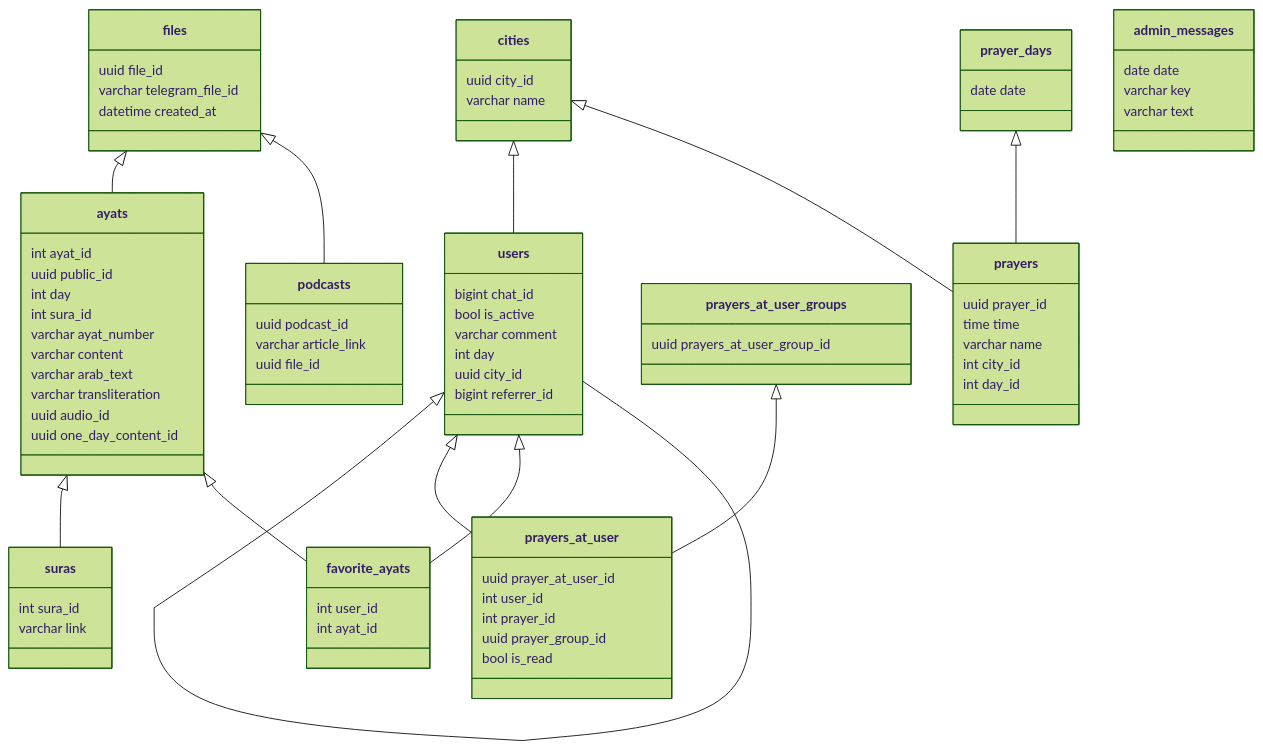
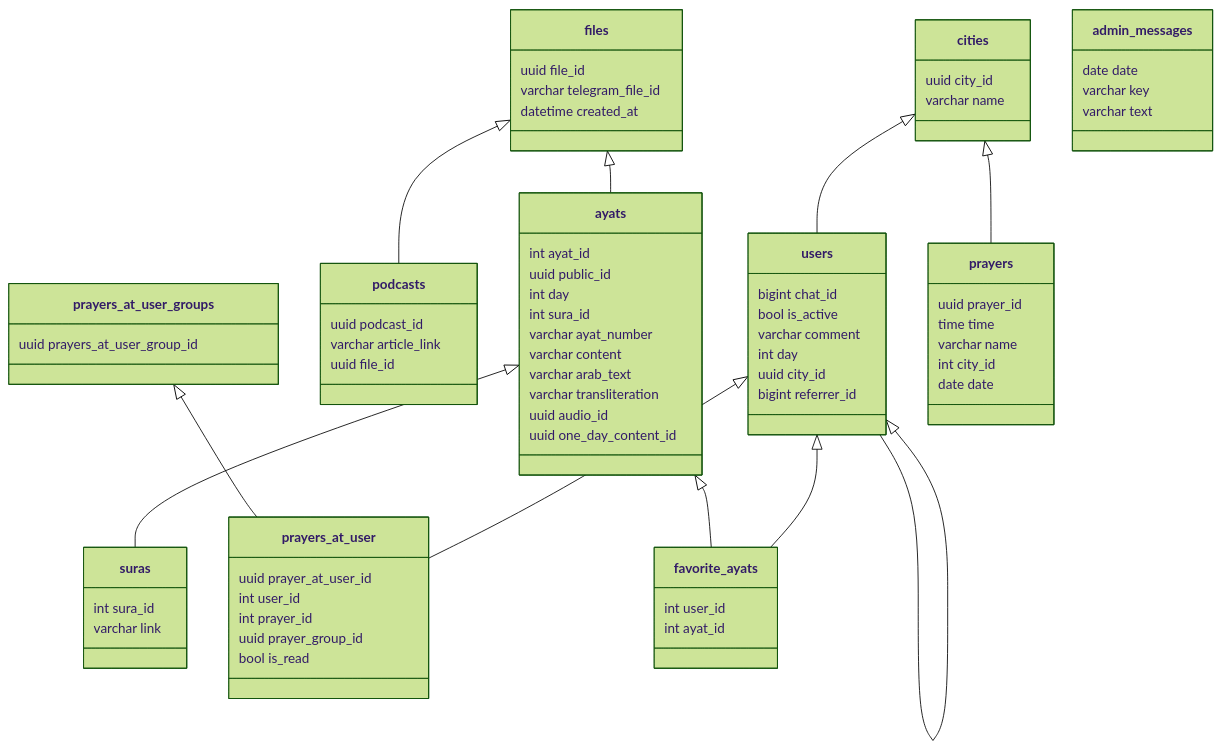
One commit to blablatdinov/tg-quranbot changed the first of 2 diagrams in docs/db_schema_specification.md. Above: the diagram before and after it, drawn with Mermaid (forest theme). The commit also changed 3 other files, not shown here.

````diff
--- a/docs/db_schema_specification.md
+++ b/docs/db_schema_specification.md
@@ -5,81 +5,77 @@
 ```mermaid
 classDiagram
     files <|-- ayats
     files <|-- podcasts
     users <|-- users
     ayats <|-- suras
     cities <|-- users
     users <|-- prayers_at_user
     prayers_at_user_groups <|-- prayers_at_user
     cities <|-- prayers
-    prayer_days <|-- prayers
     users <|-- favorite_ayats
     ayats <|-- favorite_ayats
     class ayats{
         int ayat_id
         uuid public_id
         int day
         int sura_id
         varchar ayat_number
         varchar content
         varchar arab_text
         varchar transliteration
         uuid audio_id
         uuid one_day_content_id
     }
     class favorite_ayats{
         int user_id
         int ayat_id
     }
     class suras{
         int sura_id
         varchar link
     }
     class files{
         uuid file_id
         varchar telegram_file_id
         datetime created_at
     }
     class users{
         bigint chat_id
         bool is_active
         varchar comment
         int day
         uuid city_id
         bigint referrer_id
     }
     class cities{
         uuid city_id
         varchar name
     }
     class podcasts{
         uuid podcast_id
         varchar article_link
         uuid file_id
     }
     class prayers{
         uuid prayer_id
         time time
         varchar name
         int city_id
-        int day_id
+        date date
     }
     class prayers_at_user{
         uuid prayer_at_user_id
         int user_id
         int prayer_id
         uuid prayer_group_id
         bool is_read
     }
     class prayers_at_user_groups{
         uuid prayers_at_user_group_id
     }
-    class prayer_days{
-        date date
-    }
     class admin_messages{
         date date
         varchar key
         varchar text
     }
 ```
````
